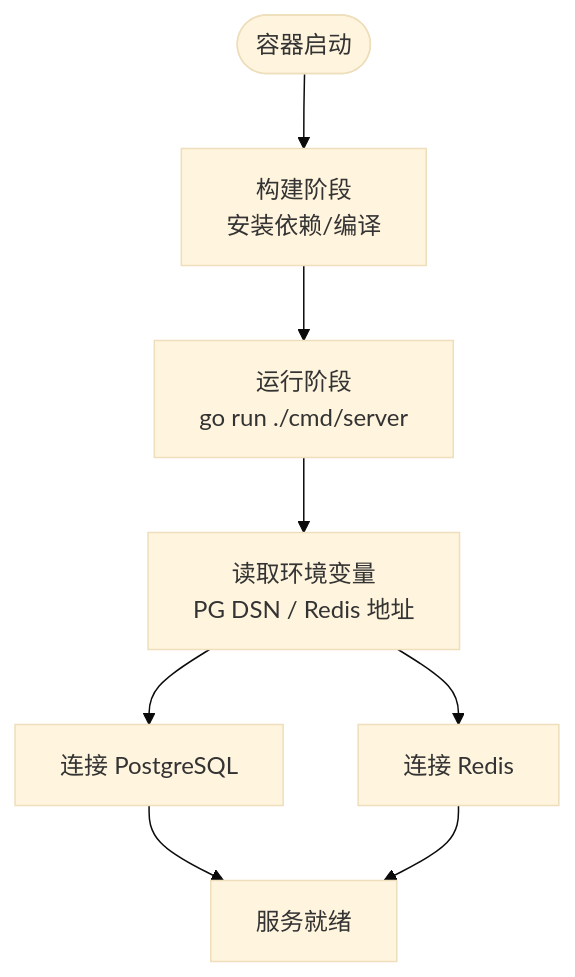
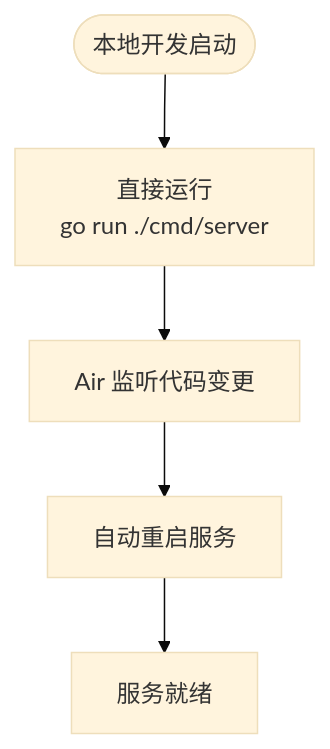
Before and after one commit to alvinwangzi/goodhr: the third of 5 diagrams in .qoder/repowiki/zh/content/部署指南/Docker容器化部署.md, drawn with Mermaid (base theme). The commit also changed other lines of this file and 10 other files, not shown here.

````diff
--- a/.qoder/repowiki/zh/content/部署指南/Docker容器化部署.md
+++ b/.qoder/repowiki/zh/content/部署指南/Docker容器化部署.md
@@ -116,10 +134,7 @@
 ```mermaid
 flowchart TD
-Start(["容器启动"]) --> Build["构建阶段<br/>安装依赖/编译"]
-Build --> Run["运行阶段<br/>go run ./cmd/server"]
-Run --> Env["读取环境变量<br/>PG DSN / Redis 地址"]
-Env --> DB["连接 PostgreSQL"]
-Env --> Cache["连接 Redis"]
-DB --> Ready["服务就绪"]
-Cache --> Ready
+Start(["本地开发启动"]) --> DirectRun["直接运行<br/>go run ./cmd/server"]
+DirectRun --> AirWatch["Air 监听代码变更"]
+AirWatch --> AutoRestart["自动重启服务"]
+AutoRestart --> Ready["服务就绪"]
 ```
````
